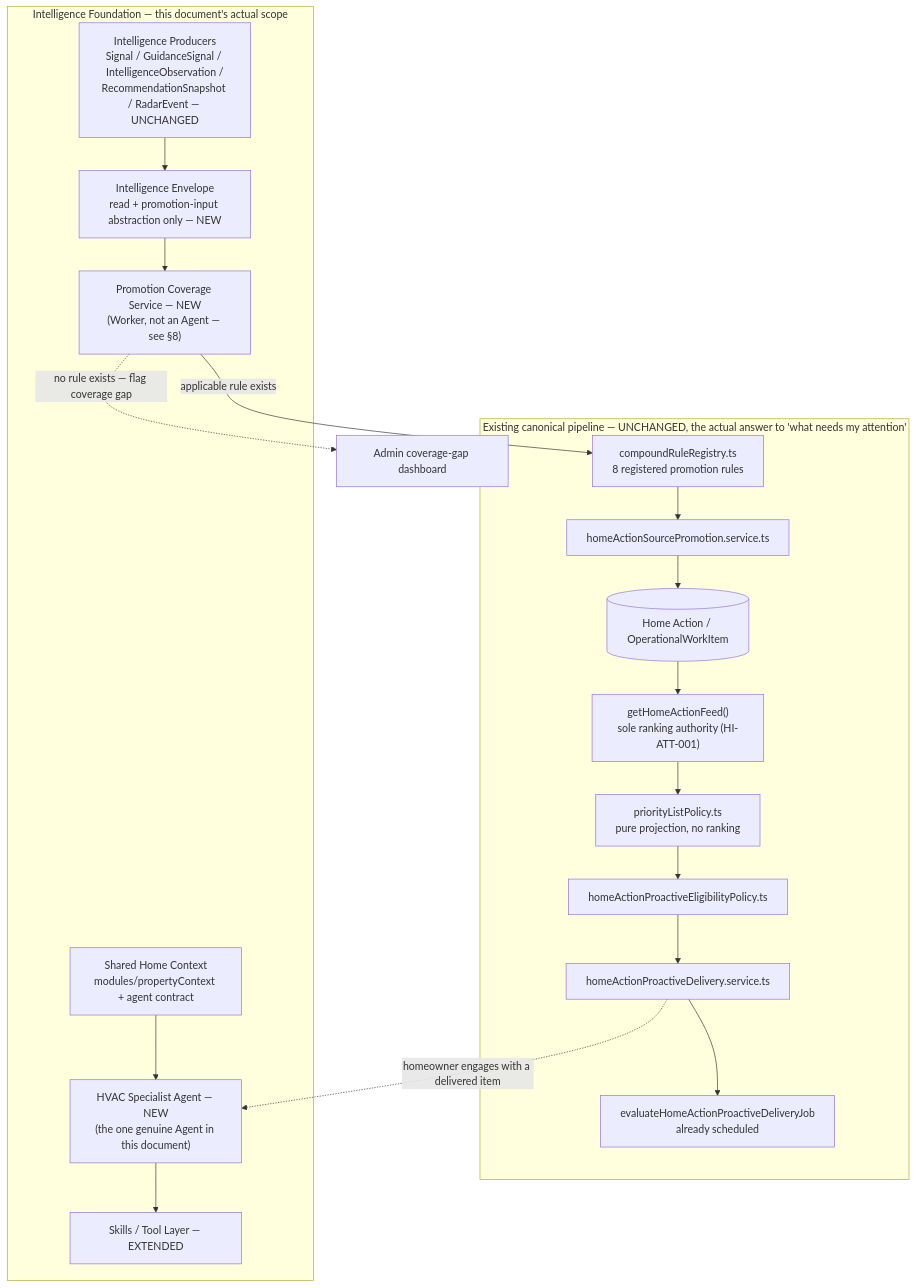
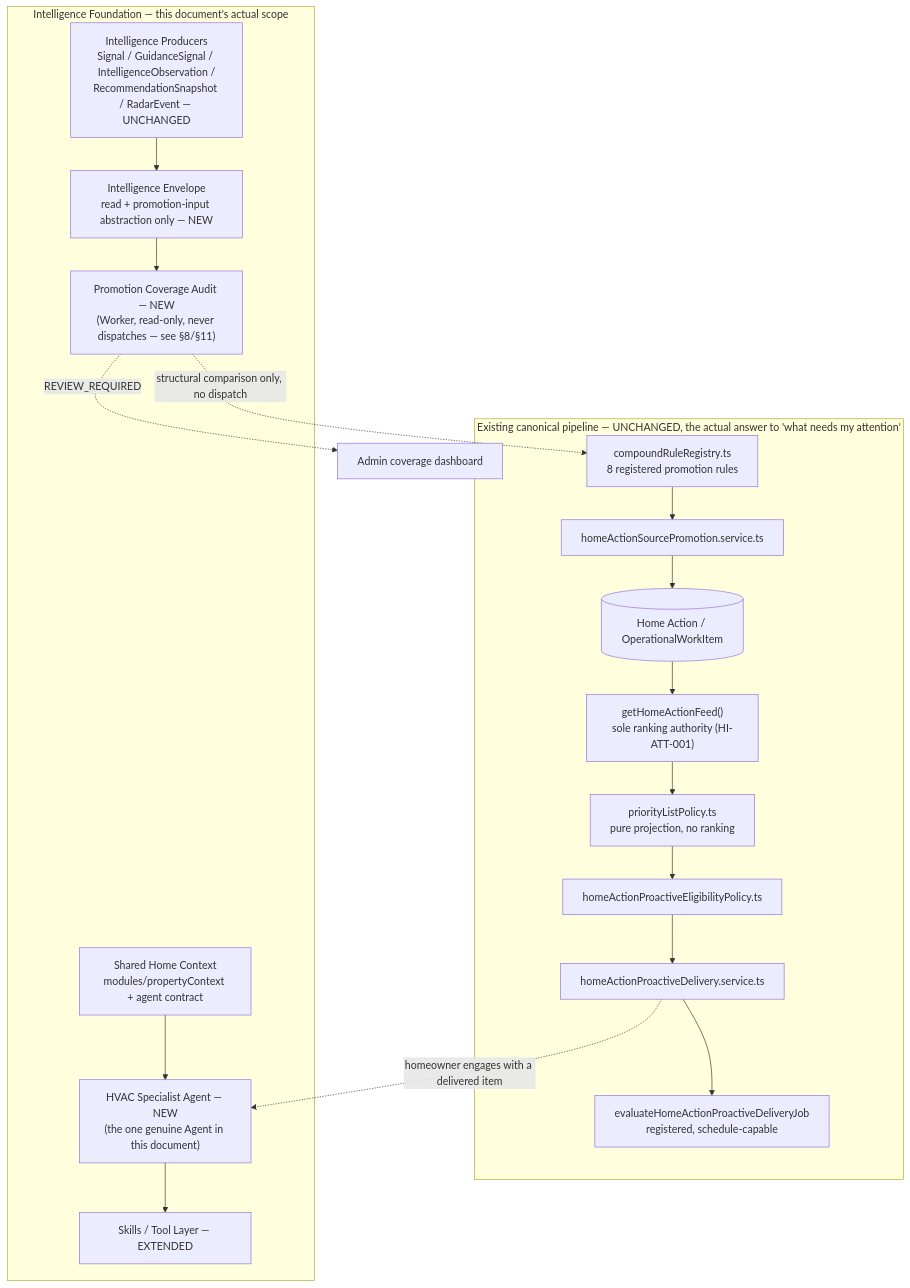
The first of 9 diagrams in docs/architecture/C2C_INTELLIGENCE_AGENTIC_EVOLUTION_ARCHITECTURE.md (madhuboyin/contract-to-cozy1), drawn with Mermaid before and after one commit. The commit also changed other lines of this file, not shown here.

````diff
--- a/docs/architecture/C2C_INTELLIGENCE_AGENTIC_EVOLUTION_ARCHITECTURE.md
+++ b/docs/architecture/C2C_INTELLIGENCE_AGENTIC_EVOLUTION_ARCHITECTURE.md
@@ -115,30 +115,30 @@
 ```mermaid
 graph TB
   subgraph EXISTING["Existing canonical pipeline — UNCHANGED, the actual answer to 'what needs my attention'"]
     RULES["compoundRuleRegistry.ts\n8 registered promotion rules"]
     PROMO["homeActionSourcePromotion.service.ts"]
     HA[("Home Action / OperationalWorkItem")]
     FEED["getHomeActionFeed()\nsole ranking authority (HI-ATT-001)"]
     PLP["priorityListPolicy.ts\npure projection, no ranking"]
     ELIG["homeActionProactiveEligibilityPolicy.ts"]
     DELIV["homeActionProactiveDelivery.service.ts"]
-    CRON["evaluateHomeActionProactiveDeliveryJob\nalready scheduled"]
+    CRON["evaluateHomeActionProactiveDeliveryJob\nregistered, schedule-capable"]
   end
 
   subgraph FOUNDATION["Intelligence Foundation — this document's actual scope"]
     CTX["Shared Home Context\nmodules/propertyContext + agent contract"]
     PROD["Intelligence Producers\nSignal / GuidanceSignal / IntelligenceObservation /\nRecommendationSnapshot / RadarEvent — UNCHANGED"]
     ENV["Intelligence Envelope\nread + promotion-input abstraction only — NEW"]
-    COVSVC["Promotion Coverage Service — NEW\n(Worker, not an Agent — see §8)"]
+    COVAUDIT["Promotion Coverage Audit — NEW\n(Worker, read-only, never dispatches — see §8/§11)"]
     SKILLS["Skills / Tool Layer — EXTENDED"]
     SPEC["HVAC Specialist Agent — NEW\n(the one genuine Agent in this document)"]
   end
 
-  PROD --> ENV --> COVSVC
-  COVSVC -->|"applicable rule exists"| RULES
-  COVSVC -.->|"no rule exists — flag coverage gap"| ADMIN["Admin coverage-gap dashboard"]
+  PROD --> ENV --> COVAUDIT
+  COVAUDIT -.->|"structural comparison only, no dispatch"| RULES
+  COVAUDIT -.->|"REVIEW_REQUIRED"| ADMIN["Admin coverage dashboard"]
   RULES --> PROMO --> HA --> FEED --> PLP --> ELIG --> DELIV --> CRON
   CTX --> SPEC
   DELIV -.homeowner engages with a delivered item.-> SPEC
   SPEC --> SKILLS
 ```
````
